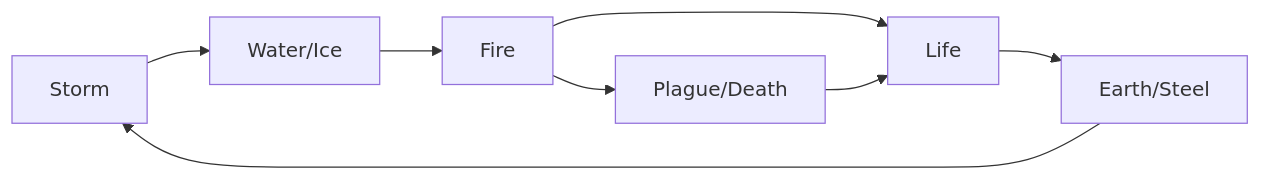
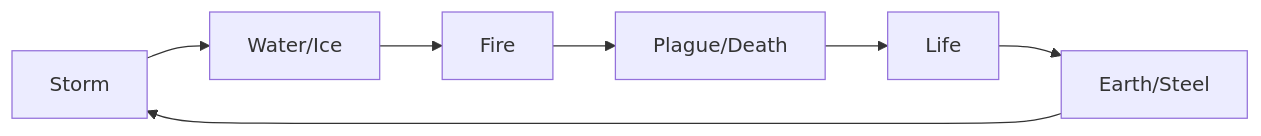
Before and after one commit to Ljeytl/spellcast-survivors: the second of 3 diagrams in docs/expedition-design/18-spell-system-rewrite.md, drawn with Mermaid. The commit also changed other lines of this file, not shown here.

First line of the commit message:
Doc 18: six-element type cycle with Plague/Death inside the loop

````diff
--- a/docs/expedition-design/18-spell-system-rewrite.md
+++ b/docs/expedition-design/18-spell-system-rewrite.md
@@ -423,5 +423,4 @@
 ```mermaid
 flowchart LR
-  S[Storm] --> I[Water/Ice] --> F[Fire] --> L[Life] --> E[Earth/Steel] --> S
-  F --> P[Plague/Death] --> L
+  S[Storm] --> I[Water/Ice] --> F[Fire] --> P[Plague/Death] --> L[Life] --> E[Earth/Steel] --> S
 ```
````
